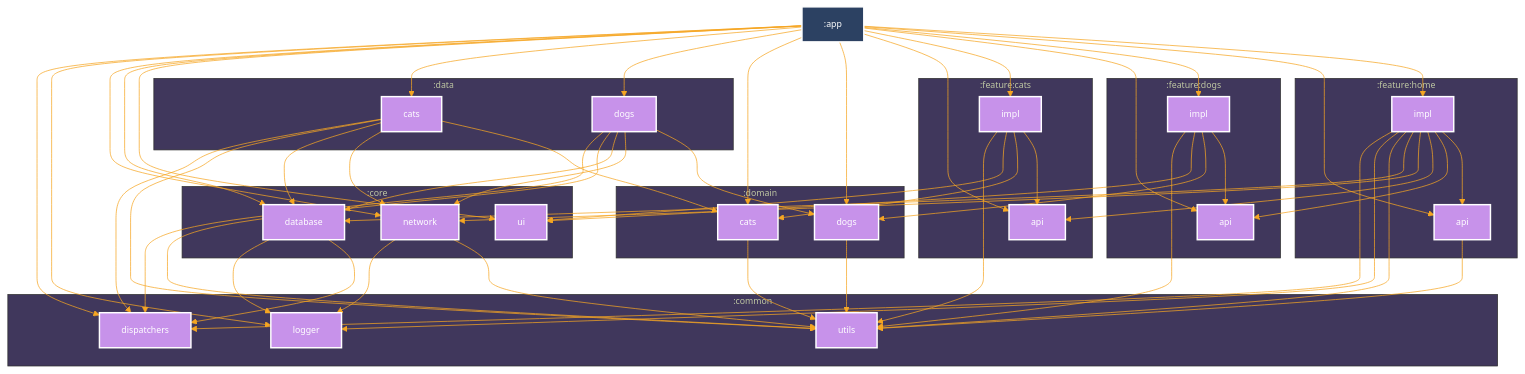
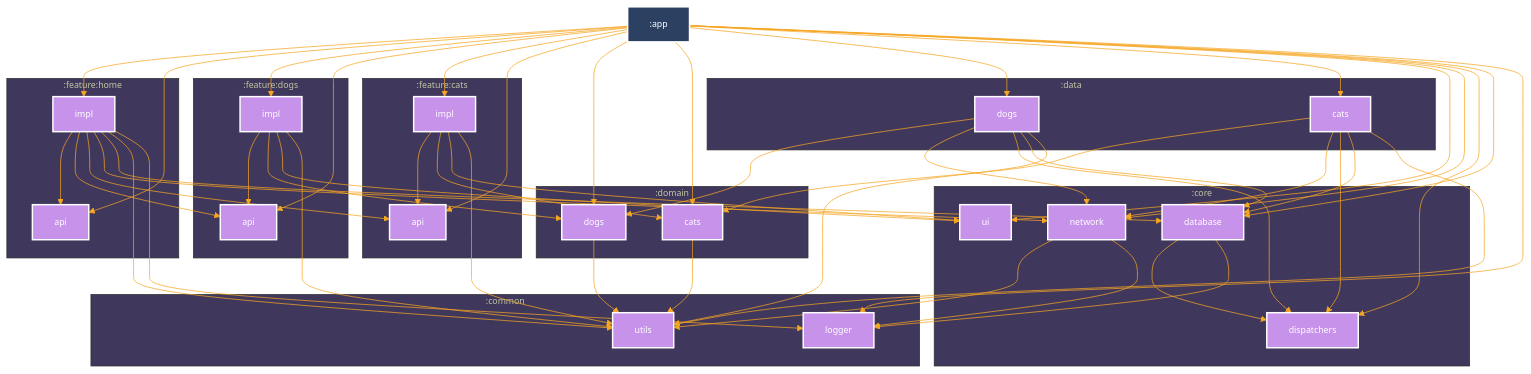
The diagram in README.md (alexmprog/ThePets), drawn with Mermaid before and after one commit. The commit also changed 33 other files, not shown here.

```diff
--- a/README.md
+++ b/README.md
@@ -33,11 +33,11 @@
 graph TB
   subgraph :common
     :common:logger["logger"]
-    :common:dispatchers["dispatchers"]
     :common:utils["utils"]
   end
   subgraph :core
     :core:database["database"]
+    :core:dispatchers["dispatchers"]
     :core:network["network"]
     :core:ui["ui"]
   end
@@ -62,8 +62,7 @@
     :feature:home:api["api"]
   end
   :core:database --> :common:logger
-  :core:database --> :common:dispatchers
-  :feature:home:impl --> :common:dispatchers
+  :core:database --> :core:dispatchers
   :feature:home:impl --> :common:logger
   :feature:home:impl --> :common:utils
   :feature:home:impl --> :core:database
@@ -71,15 +70,15 @@
   :feature:home:impl --> :feature:cats:api
   :feature:home:impl --> :feature:dogs:api
   :feature:home:impl --> :feature:home:api
-  :data:cats --> :common:dispatchers
   :data:cats --> :common:utils
   :data:cats --> :core:database
+  :data:cats --> :core:dispatchers
   :data:cats --> :core:network
   :data:cats --> :domain:cats
-  :app --> :common:dispatchers
   :app --> :common:logger
+  :app --> :core:database
+  :app --> :core:dispatchers
   :app --> :core:network
-  :app --> :core:database
   :app --> :core:ui
   :app --> :data:cats
   :app --> :data:dogs
@@ -91,12 +90,11 @@
   :app --> :feature:dogs:impl
   :app --> :feature:home:api
   :app --> :feature:home:impl
-  :feature:home:api --> :common:utils
   :core:network --> :common:logger
   :core:network --> :common:utils
-  :data:dogs --> :common:dispatchers
   :data:dogs --> :common:utils
   :data:dogs --> :core:database
+  :data:dogs --> :core:dispatchers
   :data:dogs --> :core:network
   :data:dogs --> :domain:dogs
   :domain:cats --> :common:utils
@@ -114,7 +112,7 @@
 classDef android-application fill:#2C4162,stroke:#fff,stroke-width:2px,color:#fff;
 class :core:database kotlin-multiplatform
 class :common:logger kotlin-multiplatform
-class :common:dispatchers kotlin-multiplatform
+class :core:dispatchers kotlin-multiplatform
 class :feature:home:impl kotlin-multiplatform
 class :common:utils kotlin-multiplatform
 class :core:network kotlin-multiplatform
```
